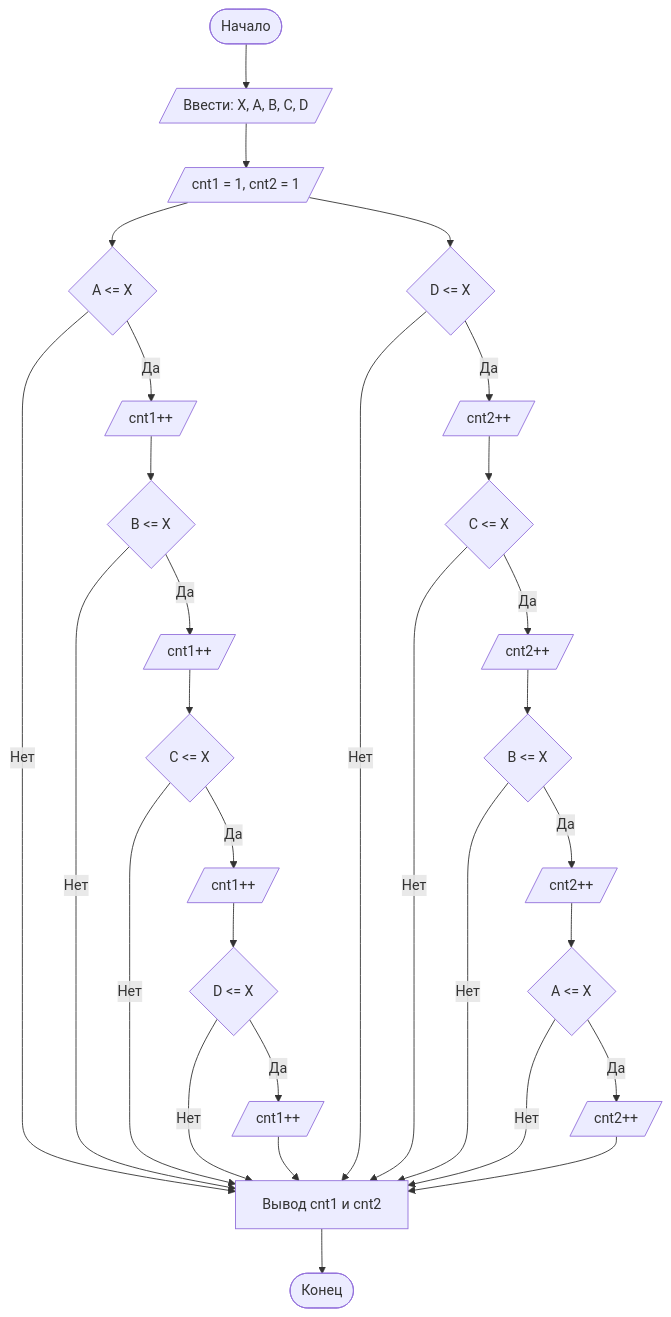
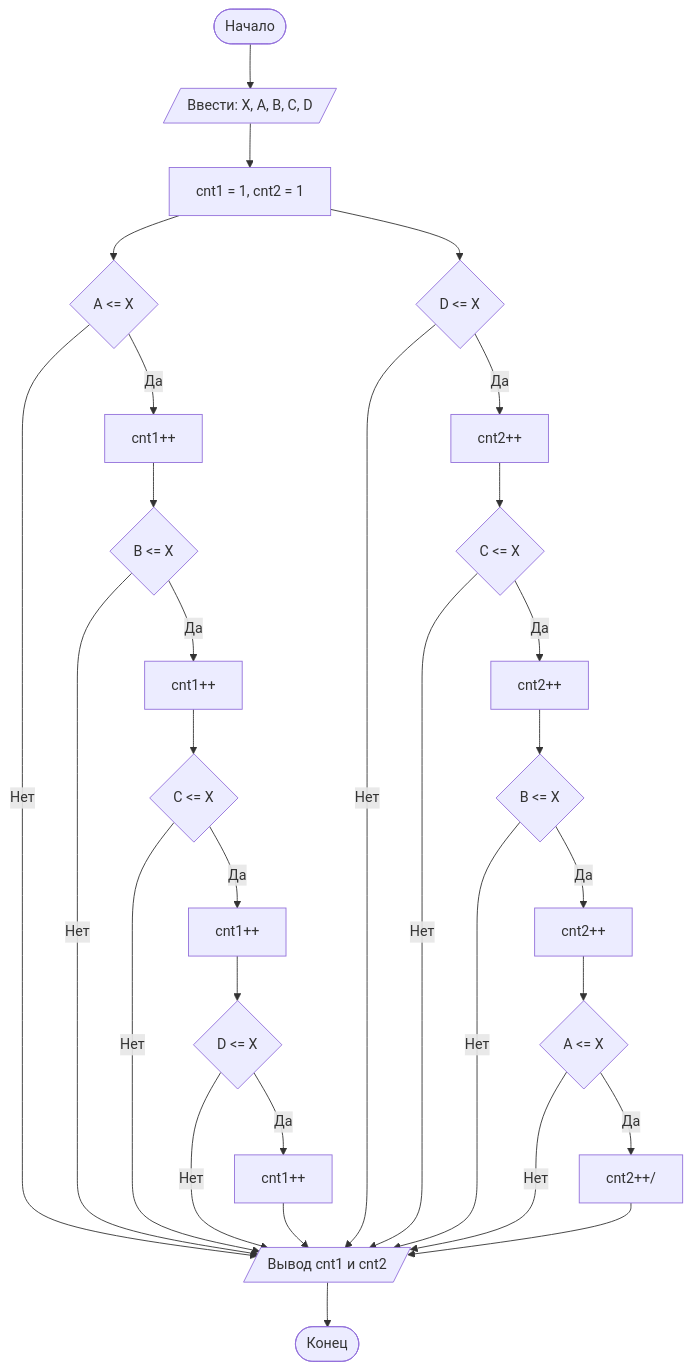
The diagram in README.md (allimak55/LabN1), drawn with Mermaid before and after one commit.

````diff
--- a/README.md
+++ b/README.md
@@ -101,33 +101,33 @@
 ```mermaid
 graph TD
     A([Начало]) --> B[/Ввести: X, A, B, C, D/]
-    B --> C[/cnt1 = 1, cnt2 = 1/]
+    B --> C[cnt1 = 1, cnt2 = 1]
     C --> D{A <= X}
     C --> E{D <= X}
     D -- Нет --> T
     E -- Нет --> T
-    D -- Да --> F[/cnt1++/]
-    E -- Да --> G[/cnt2++/]
+    D -- Да --> F[cnt1++]
+    E -- Да --> G[cnt2++]
     F --> H{B <= X}
     G --> I{C <= X}
     H -- Нет --> T
     I -- Нет --> T
-    H -- Да --> J[/cnt1++/]
-    I -- Да --> K[/cnt2++/]
+    H -- Да --> J[cnt1++]
+    I -- Да --> K[cnt2++]
     J --> L{C <= X}
     K --> M{B <= X}
     L -- Нет --> T
     M -- Нет --> T
-    L -- Да --> N[/cnt1++/]
-    M -- Да --> O[/cnt2++/]
+    L -- Да --> N[cnt1++]
+    M -- Да --> O[cnt2++]
     N --> P{D <= X}
     O --> Q{A <= X}
     P -- Нет --> T
     Q -- Нет --> T
-    P -- Да --> R[/cnt1++/]
-    Q -- Да --> S[/cnt2++/]
+    P -- Да --> R[cnt1++]
+    Q -- Да --> S[cnt2++/]
     R --> T
-    S --> T[Вывод cnt1 и cnt2]
+    S --> T[/Вывод cnt1 и cnt2/]
     T --> Z([Конец])
 
 ```
````
